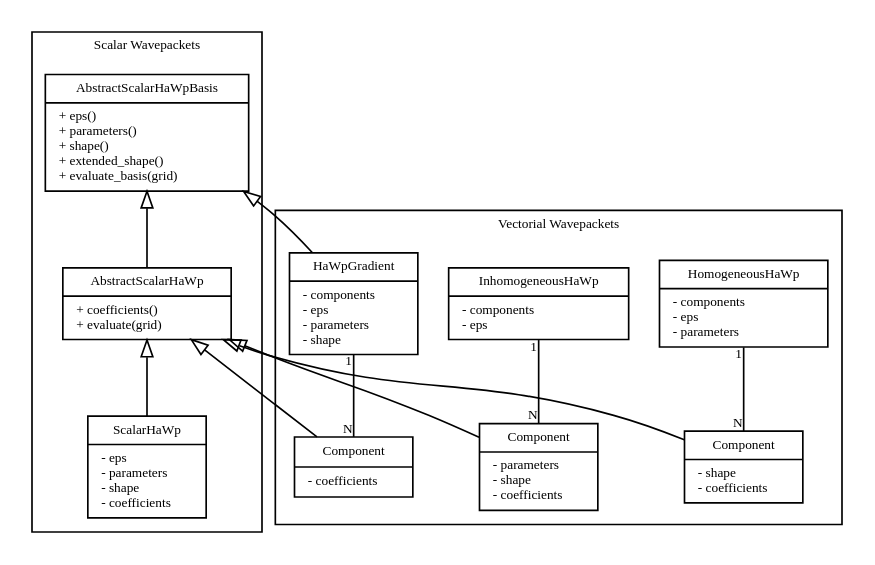
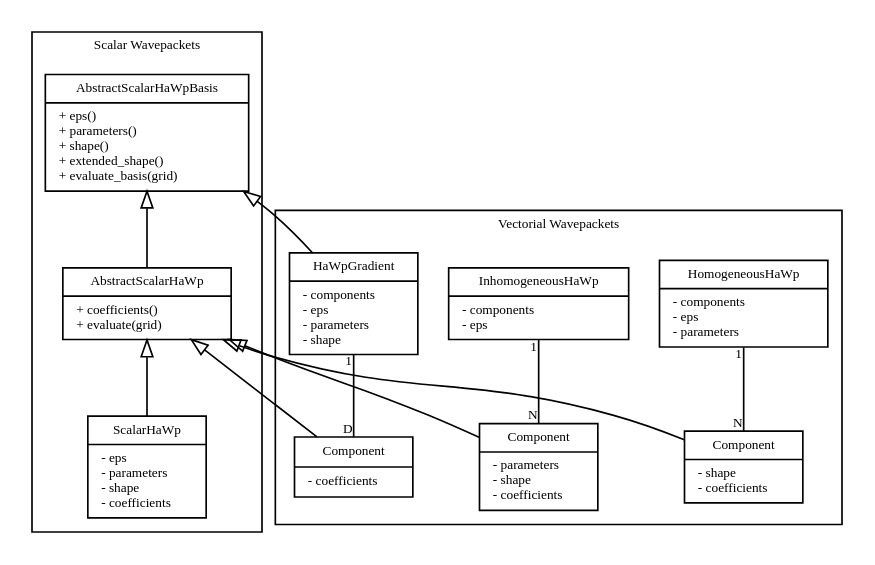
The diagram in doc/hawp_inheritance.dot (WaveBlocks/libwaveblocks), drawn with Graphviz before and after one commit. The commit also changed 6 other files, not shown here.

```diff
--- a/doc/hawp_inheritance.dot
+++ b/doc/hawp_inheritance.dot
@@ -1,97 +1,104 @@
 digraph HaWpInheritance {
     fontname = "Bitstream Vera Sans"
     fontsize = 8
 
     node [
         fontname = "Bitstream Vera Sans"
         fontsize = 8
         shape = "record"
     ]
 
     edge [
         fontname = "Bitstream Vera Sans"
         fontsize = 8
         
     ]
     
     subgraph clusterScalarWavepackets {
         label = "Scalar Wavepackets"
         
         AbstractScalarHaWpBasis [
             label = "{AbstractScalarHaWpBasis|+ eps() \l+ parameters() \l+ shape() \l+ extended_shape() \l+ evaluate_basis(grid) \l}"
             group = groupMain
         ]
         
         AbstractScalarHaWp [
             label = "{AbstractScalarHaWp|+ coefficients() \l+ evaluate(grid) \l}"
             group = groupMain
         ]
         
         ScalarHaWp [
             label = "{ScalarHaWp|- eps \l- parameters \l- shape \l- coefficients \l}"
             group = groupMain
         ]
         
         edge [
             arrowtail = "empty"
         ]
         
         AbstractScalarHaWpBasis -> AbstractScalarHaWp [dir="back"]
         AbstractScalarHaWp -> ScalarHaWp [dir="back"]
     }
     
     subgraph clusterVectorialWavepackets {
         label = "Vectorial Wavepackets"
         
         HomogeneousHaWp__Component [
             label = "{Component|- shape \l- coefficients \l}"
             group = groupHomogeneousHaWp
         ]
         
         HomogeneousHaWp [
             label = "{HomogeneousHaWp|- components \l- eps \l- parameters \l}"
             group = groupHomogeneousHaWp
         ]
         
         
         InhomogeneousHaWp__Component [
             label = "{Component|- parameters \l- shape\l- coefficients \l}"
             group = groupInhomogeneousHaWp
         ]
         
         InhomogeneousHaWp [
             label = "{InhomogeneousHaWp|- components \l- eps \l}"
             group = groupInhomogeneousHaWp
         ]
         
         
         HaWpGradient__Component [
             label = "{Component|- coefficients \l}"
             group = groupHaWpGradient
         ]
         
         HaWpGradient [
             label = "{HaWpGradient|- components \l- eps \l- parameters \l- shape \l}"
             group = groupHaWpGradient
         ]
         
         edge [
             arrowtail = "none"
             headlabel = "N"
             taillabel = "1"
         ]
         
         HomogeneousHaWp -> HomogeneousHaWp__Component [dir="back"]
         InhomogeneousHaWp -> InhomogeneousHaWp__Component [dir="back"]
+        
+        edge [
+            arrowtail = "none"
+            headlabel = "D"
+            taillabel = "1"
+        ]
+        
         HaWpGradient -> HaWpGradient__Component [dir="back"]
     }
     
     edge [
         arrowtail = "empty"
     ]
     
     AbstractScalarHaWpBasis -> HaWpGradient [dir="back"]
     AbstractScalarHaWp -> HomogeneousHaWp__Component [dir="back"]
     AbstractScalarHaWp -> InhomogeneousHaWp__Component [dir="back"]
     AbstractScalarHaWp -> HaWpGradient__Component  [dir="back"]
 }
```
